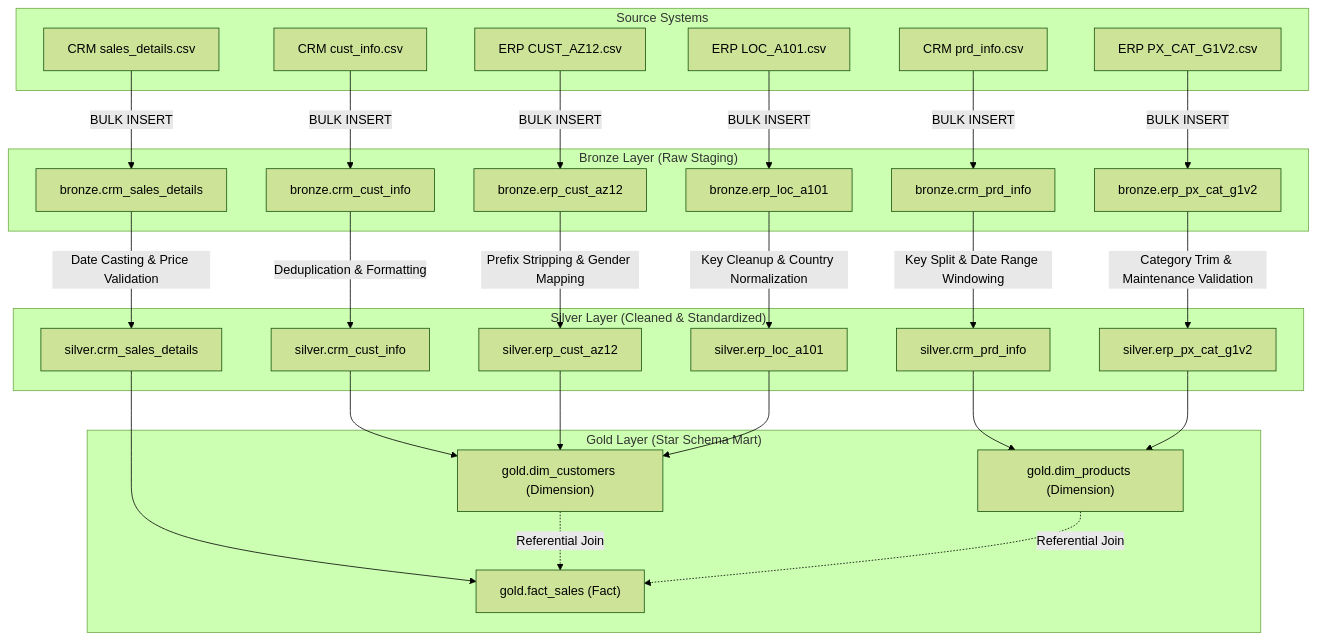
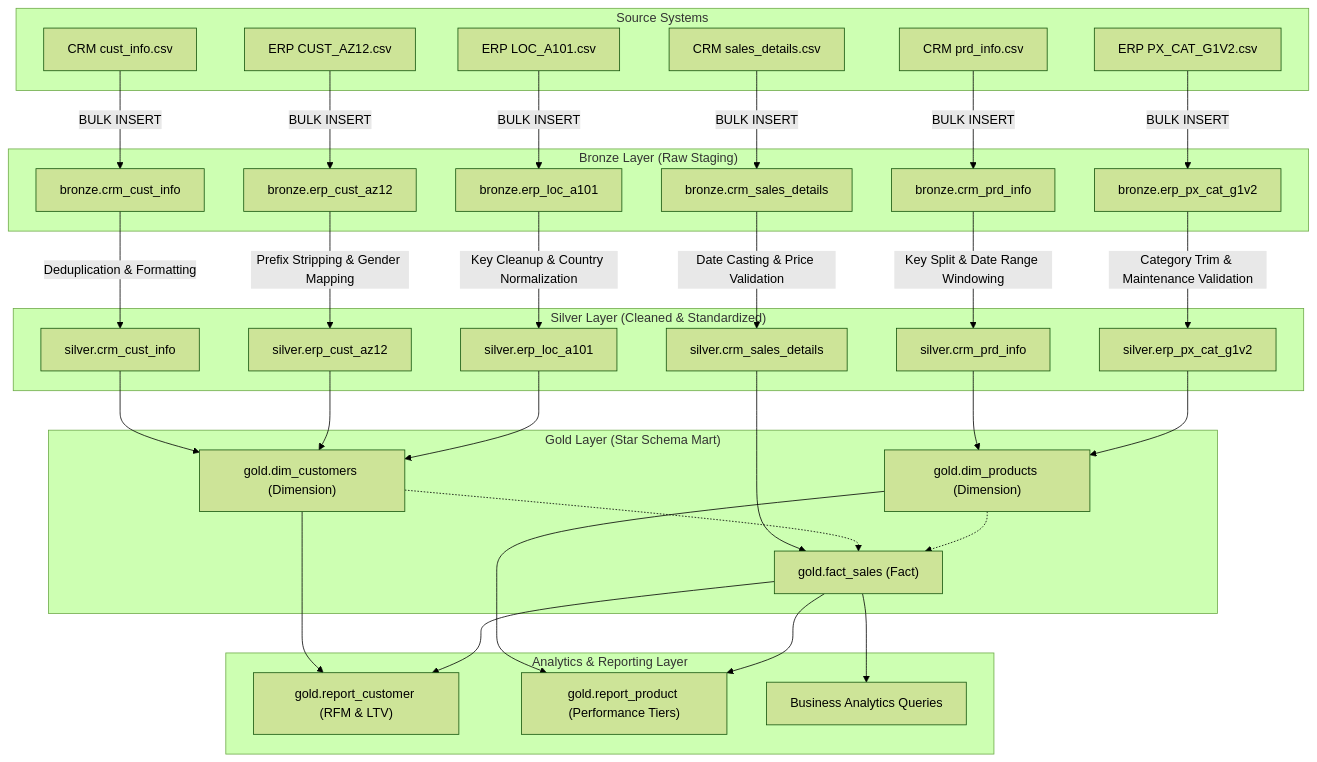
The first of 2 diagrams in README.md (Gourav-Sharma243/Data-Analysis-Using-SQL), drawn with Mermaid (forest theme) before and after one commit. The commit also changed other lines of this file, not shown here.

````diff
--- a/README.md
+++ b/README.md
@@ -71,60 +82,72 @@
 ```mermaid
 flowchart TD
     subgraph Sources["Source Systems"]
         CRM_Cust["CRM cust_info.csv"]
         CRM_Prd["CRM prd_info.csv"]
         CRM_Sales["CRM sales_details.csv"]
         ERP_Cust["ERP CUST_AZ12.csv"]
         ERP_Loc["ERP LOC_A101.csv"]
         ERP_Px["ERP PX_CAT_G1V2.csv"]
     end
 
     subgraph Bronze["Bronze Layer (Raw Staging)"]
         b_crm_cust["bronze.crm_cust_info"]
         b_crm_prd["bronze.crm_prd_info"]
         b_crm_sales["bronze.crm_sales_details"]
         b_erp_cust["bronze.erp_cust_az12"]
         b_erp_loc["bronze.erp_loc_a101"]
         b_erp_px["bronze.erp_px_cat_g1v2"]
     end
 
     subgraph Silver["Silver Layer (Cleaned & Standardized)"]
         s_crm_cust["silver.crm_cust_info"]
         s_crm_prd["silver.crm_prd_info"]
         s_crm_sales["silver.crm_sales_details"]
         s_erp_cust["silver.erp_cust_az12"]
         s_erp_loc["silver.erp_loc_a101"]
         s_erp_px["silver.erp_px_cat_g1v2"]
     end
 
     subgraph Gold["Gold Layer (Star Schema Mart)"]
         g_dim_cust["gold.dim_customers (Dimension)"]
         g_dim_prd["gold.dim_products (Dimension)"]
         g_fact_sales["gold.fact_sales (Fact)"]
     end
 
+    subgraph Analytics["Analytics & Reporting Layer"]
+        r_cust["gold.report_customer (RFM & LTV)"]
+        r_prd["gold.report_product (Performance Tiers)"]
+        q_biz["Business Analytics Queries"]
+    end
+
     CRM_Cust -->|BULK INSERT| b_crm_cust
     CRM_Prd -->|BULK INSERT| b_crm_prd
     CRM_Sales -->|BULK INSERT| b_crm_sales
     ERP_Cust -->|BULK INSERT| b_erp_cust
     ERP_Loc -->|BULK INSERT| b_erp_loc
     ERP_Px -->|BULK INSERT| b_erp_px
 
     b_crm_cust -->|Deduplication & Formatting| s_crm_cust
     b_crm_prd -->|Key Split & Date Range Windowing| s_crm_prd
     b_crm_sales -->|Date Casting & Price Validation| s_crm_sales
     b_erp_cust -->|Prefix Stripping & Gender Mapping| s_erp_cust
     b_erp_loc -->|Key Cleanup & Country Normalization| s_erp_loc
     b_erp_px -->|Category Trim & Maintenance Validation| s_erp_px
 
     s_crm_cust --> g_dim_cust
     s_erp_cust --> g_dim_cust
     s_erp_loc --> g_dim_cust
 
     s_crm_prd --> g_dim_prd
     s_erp_px --> g_dim_prd
 
     s_crm_sales --> g_fact_sales
-    g_dim_cust -.->|Referential Join| g_fact_sales
-    g_dim_prd -.->|Referential Join| g_fact_sales
+    g_dim_cust -.-> g_fact_sales
+    g_dim_prd -.-> g_fact_sales
+
+    g_dim_cust --> r_cust
+    g_dim_prd --> r_prd
+    g_fact_sales --> r_cust
+    g_fact_sales --> r_prd
+    g_fact_sales --> q_biz
 ```
````
